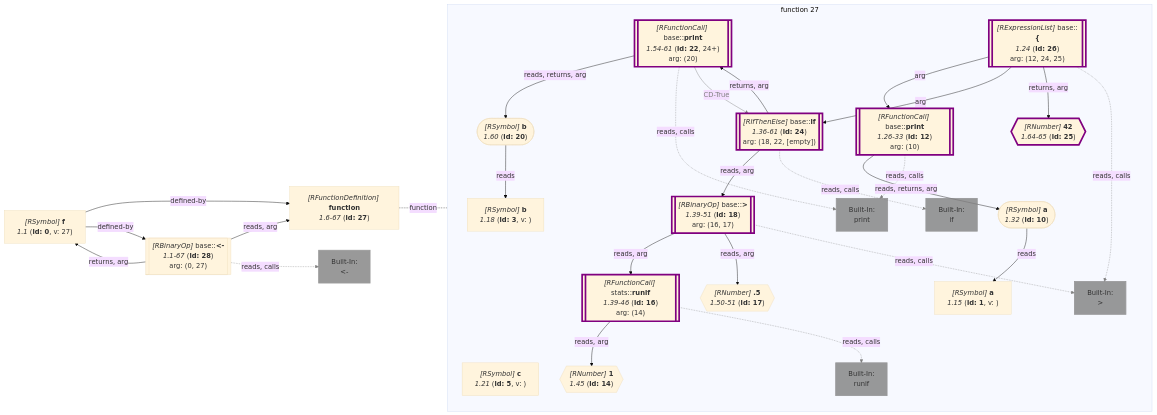
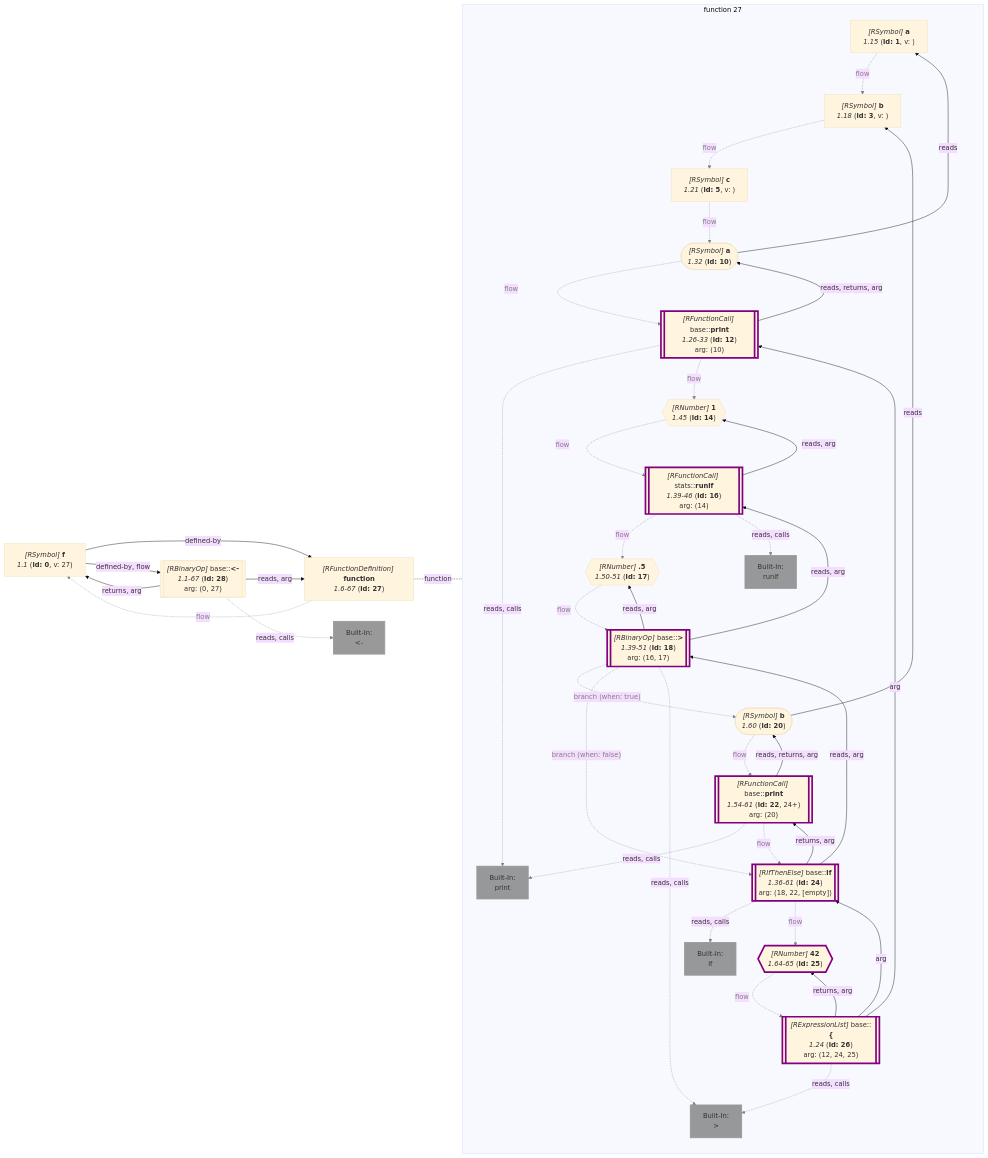
The third of 3 diagrams in wiki/[Query] Inspect Strict Functions.md (flowr-analysis/flowr), drawn with Mermaid (base theme) before and after one commit. The commit also changed other lines of this file and 141 other files, not shown here.

````diff
--- a/wiki/[Query] Inspect Strict Functions.md
+++ b/wiki/[Query] Inspect Strict Functions.md
@@ -545,13 +587,10 @@
 subgraph "flow-27" [function 27]
     1["`*#91;RSymbol#93;* **a**
       *1.15* (**id: 1**, v: )`"]
-   %% No edges found for 1
     3["`*#91;RSymbol#93;* **b**
       *1.18* (**id: 3**, v: )`"]
-   %% No edges found for 3
     5["`*#91;RSymbol#93;* **c**
       *1.21* (**id: 5**, v: )`"]
-   %% No edges found for 5
     10(["`*#91;RSymbol#93;* **a**
       *1.32* (**id: 10**)`"])
     12[["`*#91;RFunctionCall#93;* base#58;#58;**print**
@@ -562,7 +601,6 @@
     style built-in:print stroke:gray,fill:gray,stroke-width:2px,opacity:.8;
     14{{"`*#91;RNumber#93;* **1**
       *1.45* (**id: 14**)`"}}
-   %% No edges found for 14
     16[["`*#91;RFunctionCall#93;* stats#58;#58;**runif**
       *1.39-46* (**id: 16**)
     arg: (14)`"]]
@@ -571,7 +609,6 @@
     style built-in:runif stroke:gray,fill:gray,stroke-width:2px,opacity:.8;
     17{{"`*#91;RNumber#93;* **.5**
       *1.50-51* (**id: 17**)`"}}
-   %% No edges found for 17
     18[["`*#91;RBinaryOp#93;* base#58;#58;**#62;**
       *1.39-51* (**id: 18**)
     arg: (16, 17)`"]]
@@ -591,7 +628,6 @@
     style built-in:if stroke:gray,fill:gray,stroke-width:2px,opacity:.8;
     25{{"`*#91;RNumber#93;* **42**
       *1.64-65* (**id: 25**)`"}}
-   %% No edges found for 25
     26[["`*#91;RExpressionList#93;* base#58;#58;**#123;**
       *1.24* (**id: 26**)
     arg: (12, 24, 25)`"]]
@@ -603,7 +639,6 @@
     style 25 stroke:purple,stroke-width:4px; 
     style 26 stroke:purple,stroke-width:4px; 
 end
-   %% No edges found for 27
     0["`*#91;RSymbol#93;* **f**
       *1.1* (**id: 0**, v: 27)`"]
     28[["`*#91;RBinaryOp#93;* base#58;#58;**#60;#45;**
@@ -612,38 +647,66 @@
     built-in:_-["`Built-In:
 #60;#45;`"]
     style built-in:_- stroke:gray,fill:gray,stroke-width:2px,opacity:.8;
+    1 -.->|"flow"| 3
+    linkStyle 0 stroke:gray,color:gray;
+    3 -.->|"flow"| 5
+    linkStyle 1 stroke:gray,color:gray;
+    5 -.->|"flow"| 10
+    linkStyle 2 stroke:gray,color:gray;
     10 -->|"reads"| 1
+    10 -.->|"flow"| 12
+    linkStyle 4 stroke:gray,color:gray;
     12 -->|"reads, returns, arg"| 10
     12 -.->|"reads, calls"| built-in:print
-    linkStyle 2 stroke:gray;
+    linkStyle 6 stroke:gray;
+    12 -.->|"flow"| 14
+    linkStyle 7 stroke:gray,color:gray;
+    14 -.->|"flow"| 16
+    linkStyle 8 stroke:gray,color:gray;
     16 -->|"reads, arg"| 14
+    16 -.->|"flow"| 17
+    linkStyle 10 stroke:gray,color:gray;
     16 -.->|"reads, calls"| built-in:runif
-    linkStyle 4 stroke:gray;
+    linkStyle 11 stroke:gray;
+    17 -.->|"flow"| 18
+    linkStyle 12 stroke:gray,color:gray;
     18 -->|"reads, arg"| 16
     18 -->|"reads, arg"| 17
+    18 -.->|"branch (when: true)"| 20
+    linkStyle 15 stroke:gray,color:gray;
+    18 -.->|"branch (when: false)"| 24
+    linkStyle 16 stroke:gray,color:gray;
     18 -.->|"reads, calls"| built-in:_
-    linkStyle 7 stroke:gray;
+    linkStyle 17 stroke:gray;
     20 -->|"reads"| 3
+    20 -.->|"flow"| 22
+    linkStyle 19 stroke:gray,color:gray;
     22 -->|"reads, returns, arg"| 20
     22 -.->|"reads, calls"| built-in:print
-    linkStyle 10 stroke:gray;
-    22 -->|"CD-True"| 24
-    linkStyle 11 stroke:gray,color:gray;
+    linkStyle 21 stroke:gray;
+    22 -.->|"flow"| 24
+    linkStyle 22 stroke:gray,color:gray;
     24 -->|"returns, arg"| 22
     24 -->|"reads, arg"| 18
     24 -.->|"reads, calls"| built-in:if
-    linkStyle 14 stroke:gray;
+    linkStyle 25 stroke:gray;
+    24 -.->|"flow"| 25
+    linkStyle 26 stroke:gray,color:gray;
+    25 -.->|"flow"| 26
+    linkStyle 27 stroke:gray,color:gray;
     26 -->|"arg"| 12
     26 -->|"arg"| 24
     26 -->|"returns, arg"| 25
     26 -.->|"reads, calls"| built-in:_
-    linkStyle 18 stroke:gray;
+    linkStyle 31 stroke:gray;
 27 -.-|function| flow-27
 
+    27 -.->|"flow"| 0
+    linkStyle 33 stroke:gray,color:gray;
+    0 -->|"defined-by, flow"| 28
     0 -->|"defined-by"| 27
-    0 -->|"defined-by"| 28
     28 -->|"reads, arg"| 27
     28 -->|"returns, arg"| 0
     28 -.->|"reads, calls"| built-in:_-
-    linkStyle 24 stroke:gray;
+    linkStyle 38 stroke:gray;
 ```
````
